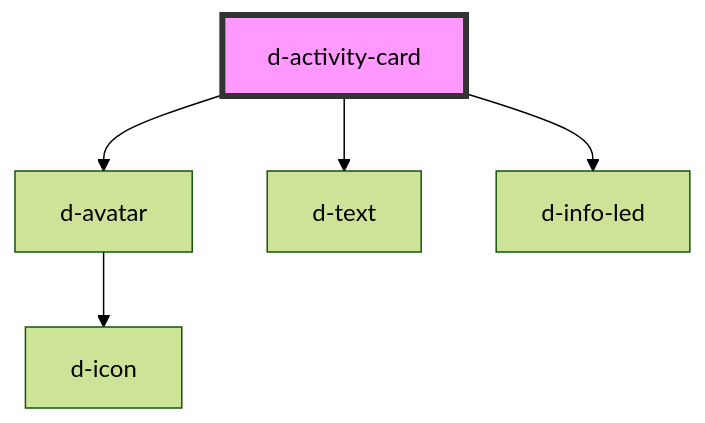
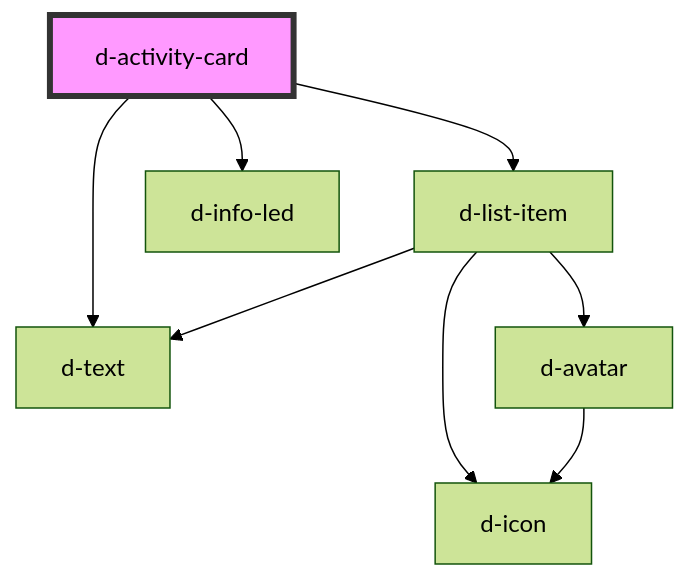
One commit to ForkbombEu/didroom-components changed the diagram in src/components/activity-card/readme.md. Above: the diagram before and after it, drawn with Mermaid (forest theme). The commit also changed other lines of this file and 22 other files, not shown here.

````diff
--- a/src/components/activity-card/readme.md
+++ b/src/components/activity-card/readme.md
@@ -29,8 +28,11 @@
 ```mermaid
 graph TD;
-  d-activity-card --> d-avatar
+  d-activity-card --> d-list-item
+  d-activity-card --> d-info-led
   d-activity-card --> d-text
-  d-activity-card --> d-info-led
+  d-list-item --> d-avatar
+  d-list-item --> d-text
+  d-list-item --> d-icon
   d-avatar --> d-icon
   style d-activity-card fill:#f9f,stroke:#333,stroke-width:4px
 ```
````
